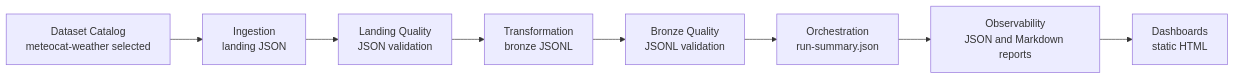
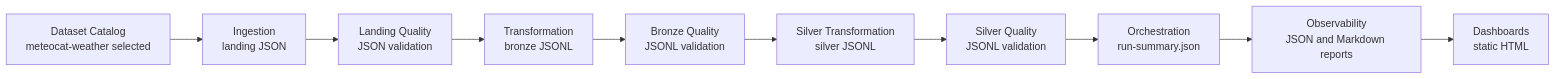
Before and after one commit to open-data-lakehouse-lab/open-data-lakehouse-lab.github.io: the diagram in docs/architecture/current-local-flow.md, drawn with Mermaid. The commit also changed other lines of this file and 2 other files, not shown here.

Commit message:
Expand Weather MVP docs: add Silver layer details, update flow and architecture diagrams

````diff
--- a/docs/architecture/current-local-flow.md
+++ b/docs/architecture/current-local-flow.md
@@ -7,10 +7,12 @@
 ```mermaid
 flowchart LR
     A[Dataset Catalog<br/>meteocat-weather selected] --> B[Ingestion<br/>landing JSON]
     B --> C[Landing Quality<br/>JSON validation]
     C --> D[Transformation<br/>bronze JSONL]
     D --> E[Bronze Quality<br/>JSONL validation]
-    E --> F[Orchestration<br/>run-summary.json]
-    F --> G[Observability<br/>JSON and Markdown reports]
-    G --> H[Dashboards<br/>static HTML]
+    E --> F[Silver Transformation<br/>silver JSONL]
+    F --> G[Silver Quality<br/>JSONL validation]
+    G --> H[Orchestration<br/>run-summary.json]
+    H --> I[Observability<br/>JSON and Markdown reports]
+    I --> J[Dashboards<br/>static HTML]
 ```
````
